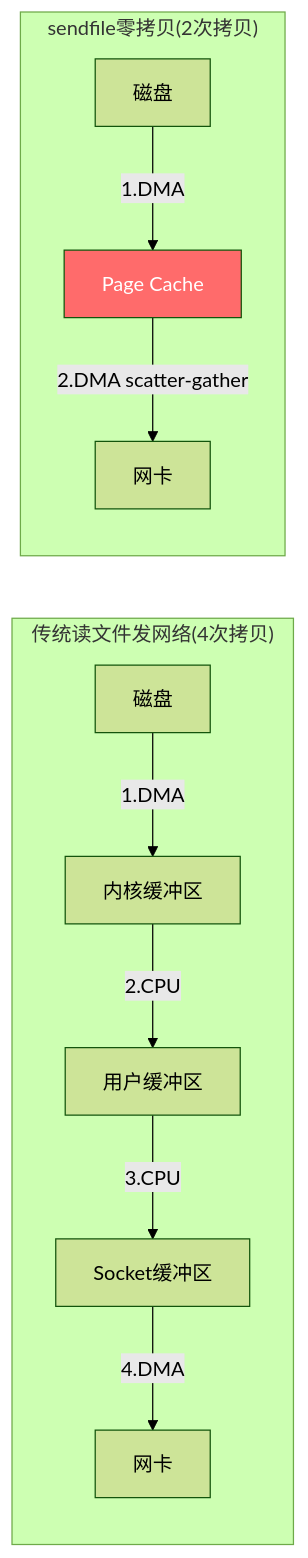
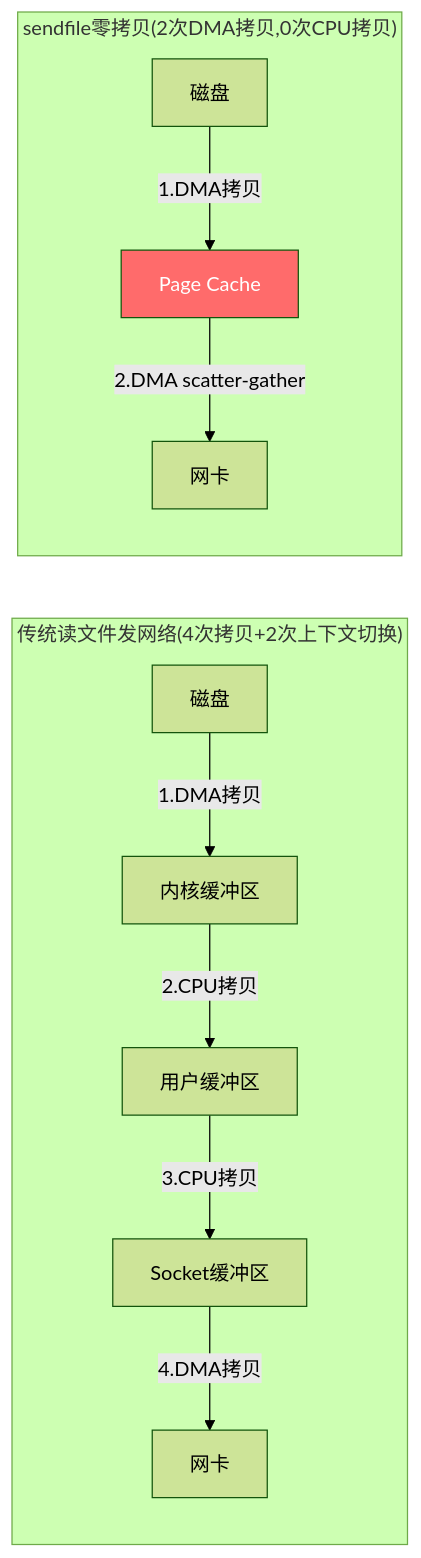
Diagram 21 of 31 in document/strengthen/分布式技术面试总结_增强版.md (qigao0787-ops/gq-test), drawn with Mermaid (forest theme) before and after one commit. The commit also changed other lines of this file, not shown here.

````diff
--- a/document/strengthen/分布式技术面试总结_增强版.md
+++ b/document/strengthen/分布式技术面试总结_增强版.md
@@ -1527,16 +1738,16 @@
 ```mermaid
 flowchart LR
-    subgraph 传统方式["传统读文件发网络(4次拷贝)"]
-        A1[磁盘] -->|1.DMA| K1[内核缓冲区]
-        K1 -->|2.CPU| U1[用户缓冲区]
-        U1 -->|3.CPU| K2[Socket缓冲区]
-        K2 -->|4.DMA| N1[网卡]
+    subgraph 传统方式["传统读文件发网络(4次拷贝+2次上下文切换)"]
+        A1[磁盘] -->|"1.DMA拷贝"| K1[内核缓冲区]
+        K1 -->|"2.CPU拷贝"| U1[用户缓冲区]
+        U1 -->|"3.CPU拷贝"| K2[Socket缓冲区]
+        K2 -->|"4.DMA拷贝"| N1[网卡]
     end
 
-    subgraph 零拷贝["sendfile零拷贝(2次拷贝)"]
-        A2[磁盘] -->|1.DMA| PC[Page Cache]
-        PC -->|2.DMA scatter-gather| N2[网卡]
+    subgraph 零拷贝["sendfile零拷贝(2次DMA拷贝,0次CPU拷贝)"]
+        A2[磁盘] -->|"1.DMA拷贝"| PC[Page Cache]
+        PC -->|"2.DMA scatter-gather"| N2[网卡]
     end
 
     style PC fill:#ff6b6b,color:#fff
 ```
````
